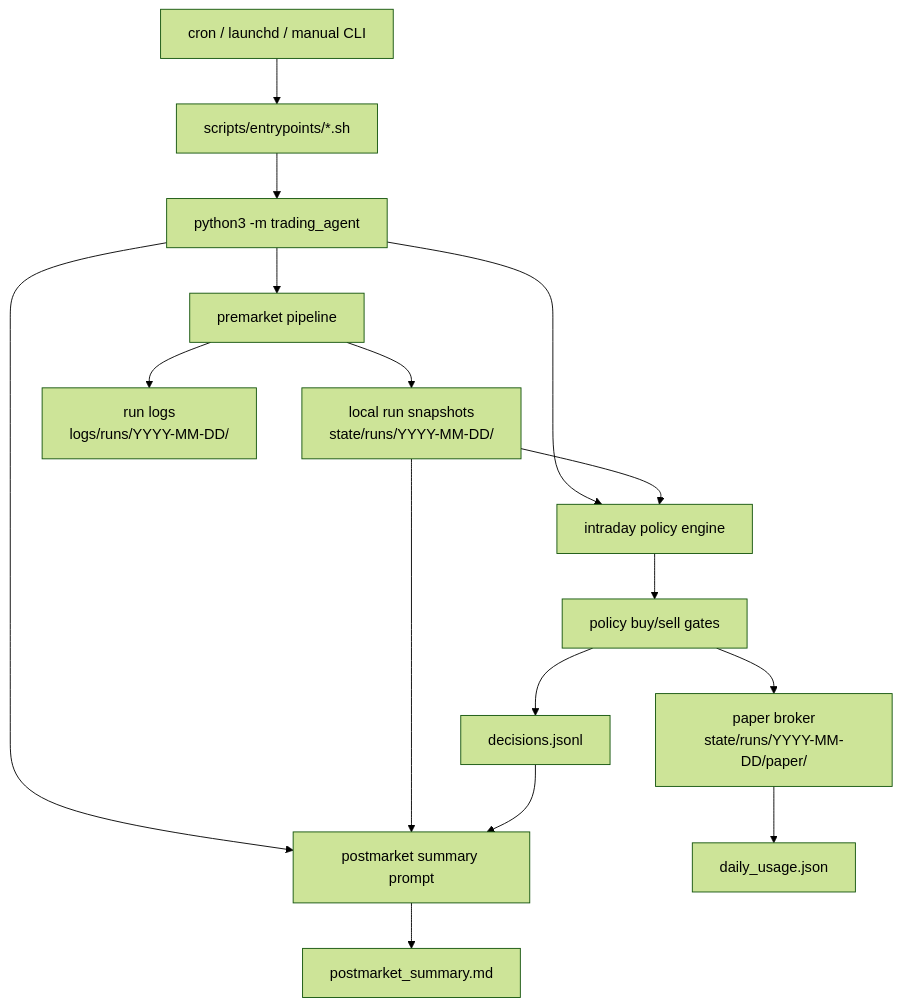
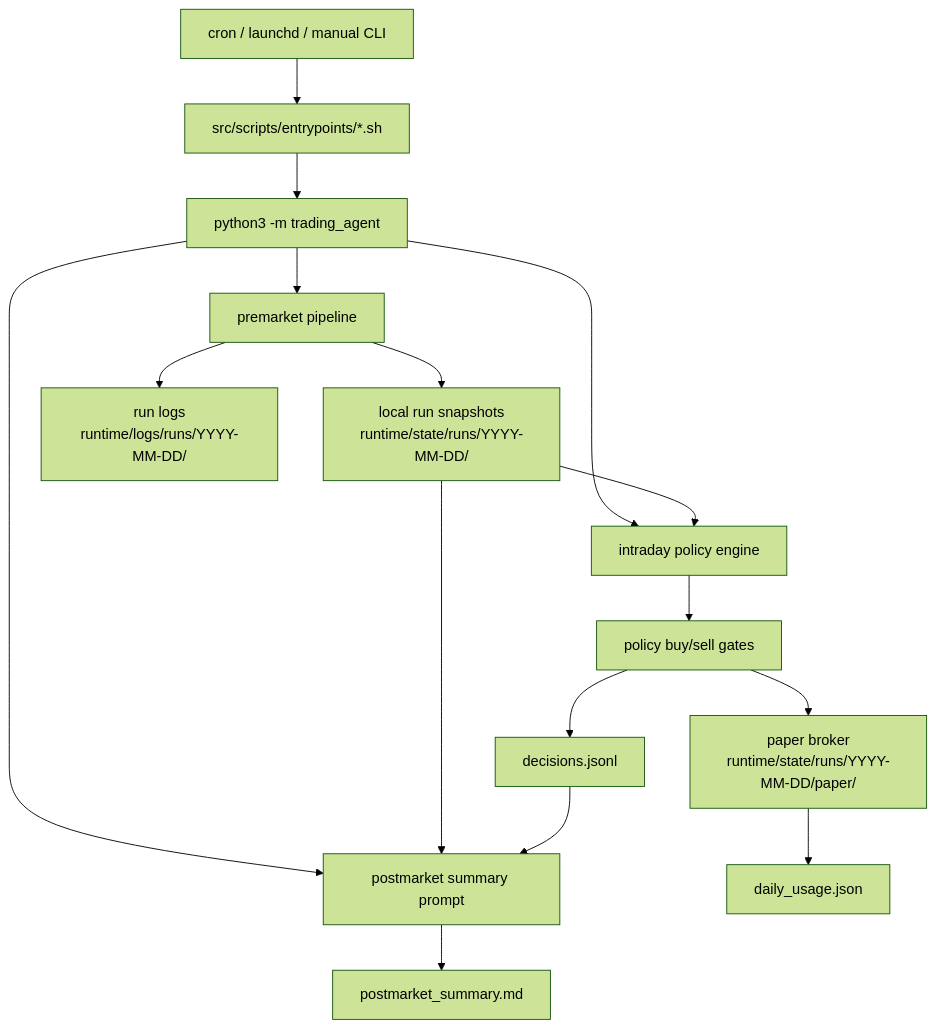
One commit to poi233/robinhood-codex-agent changed the first of 2 diagrams in README.md. Above: the diagram before and after it, drawn with Mermaid (forest theme). The commit also changed other lines of this file and 171 other files, not shown here.

````diff
--- a/README.md
+++ b/README.md
@@ -31,22 +31,22 @@
 ```mermaid
 flowchart TD
-    Scheduler["cron / launchd / manual CLI"] --> Entrypoints["scripts/entrypoints/*.sh"]
+    Scheduler["cron / launchd / manual CLI"] --> Entrypoints["src/scripts/entrypoints/*.sh"]
     Entrypoints --> CLI["python3 -m trading_agent"]
 
     CLI --> Premarket["premarket pipeline"]
     CLI --> Intraday["intraday policy engine"]
     CLI --> Postmarket["postmarket summary prompt"]
 
-    Premarket --> Snapshots["local run snapshots<br/>state/runs/YYYY-MM-DD/"]
-    Premarket --> Logs["run logs<br/>logs/runs/YYYY-MM-DD/"]
+    Premarket --> Snapshots["local run snapshots<br/>runtime/state/runs/YYYY-MM-DD/"]
+    Premarket --> Logs["run logs<br/>runtime/logs/runs/YYYY-MM-DD/"]
 
     Snapshots --> Intraday
     Intraday --> Policy["policy buy/sell gates"]
-    Policy --> Paper["paper broker<br/>state/runs/YYYY-MM-DD/paper/"]
+    Policy --> Paper["paper broker<br/>runtime/state/runs/YYYY-MM-DD/paper/"]
     Paper --> Usage["daily_usage.json"]
     Policy --> Decisions["decisions.jsonl"]
 
     Snapshots --> Postmarket
     Decisions --> Postmarket
     Postmarket --> Summary["postmarket_summary.md"]
 ```
````
